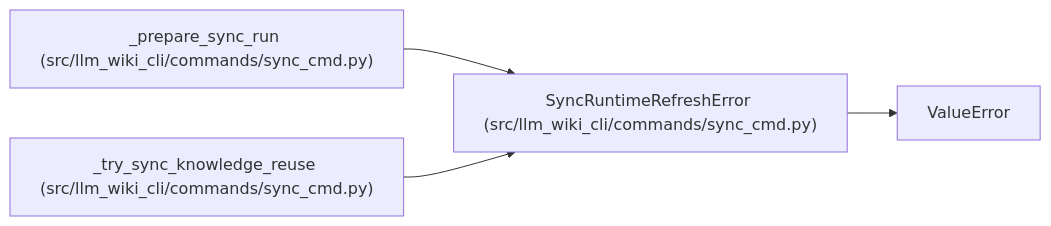
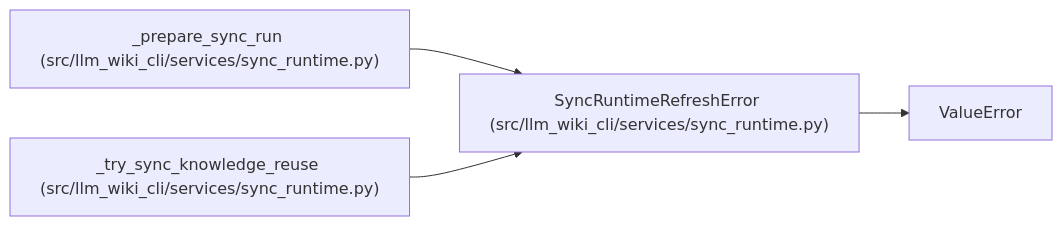
The diagram in docs/llm_wiki/entities/SyncRuntimeRefreshError.md (Denissvgn/python-wiki-llm), drawn with Mermaid before and after one commit. The commit also changed other lines of this file and 1555 other files, not shown here.

First line of the commit message:
docs: refresh the wiki for the engine layer

````diff
--- a/docs/llm_wiki/entities/SyncRuntimeRefreshError.md
+++ b/docs/llm_wiki/entities/SyncRuntimeRefreshError.md
@@ -23,13 +23,13 @@
 ```mermaid
 flowchart LR
-    n0["SyncRuntimeRefreshError (src/llm_wiki_cli/commands/sync_cmd.py)"]
+    n0["SyncRuntimeRefreshError (src/llm_wiki_cli/services/sync_runtime.py)"]
     n1["ValueError"]
-    n2["_prepare_sync_run (src/llm_wiki_cli/commands/sync_cmd.py)"]
-    n3["_try_sync_knowledge_reuse (src/llm_wiki_cli/commands/sync_cmd.py)"]
+    n2["_prepare_sync_run (src/llm_wiki_cli/services/sync_runtime.py)"]
+    n3["_try_sync_knowledge_reuse (src/llm_wiki_cli/services/sync_runtime.py)"]
     n0 --> n1
     n2 --> n0
     n3 --> n0
-    click n0 "../modules/sync_cmd.md"
-    click n2 "../modules/sync_cmd.md"
-    click n3 "../modules/sync_cmd.md"
+    click n0 "../modules/sync_runtime.md"
+    click n2 "../modules/sync_runtime.md"
+    click n3 "../modules/sync_runtime.md"
 ```
````
